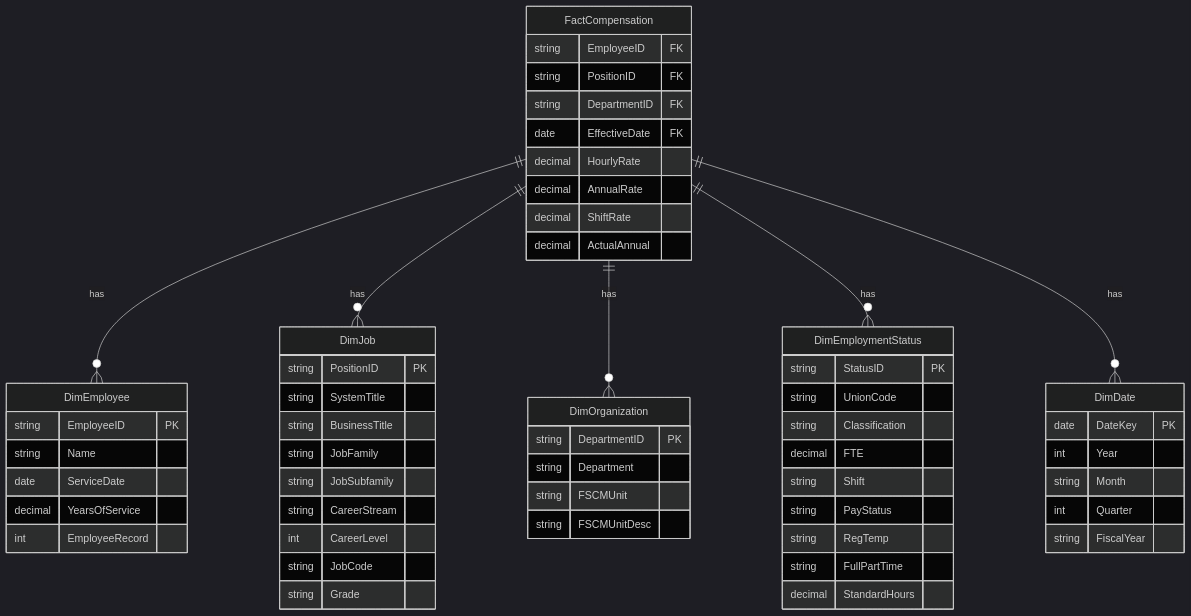
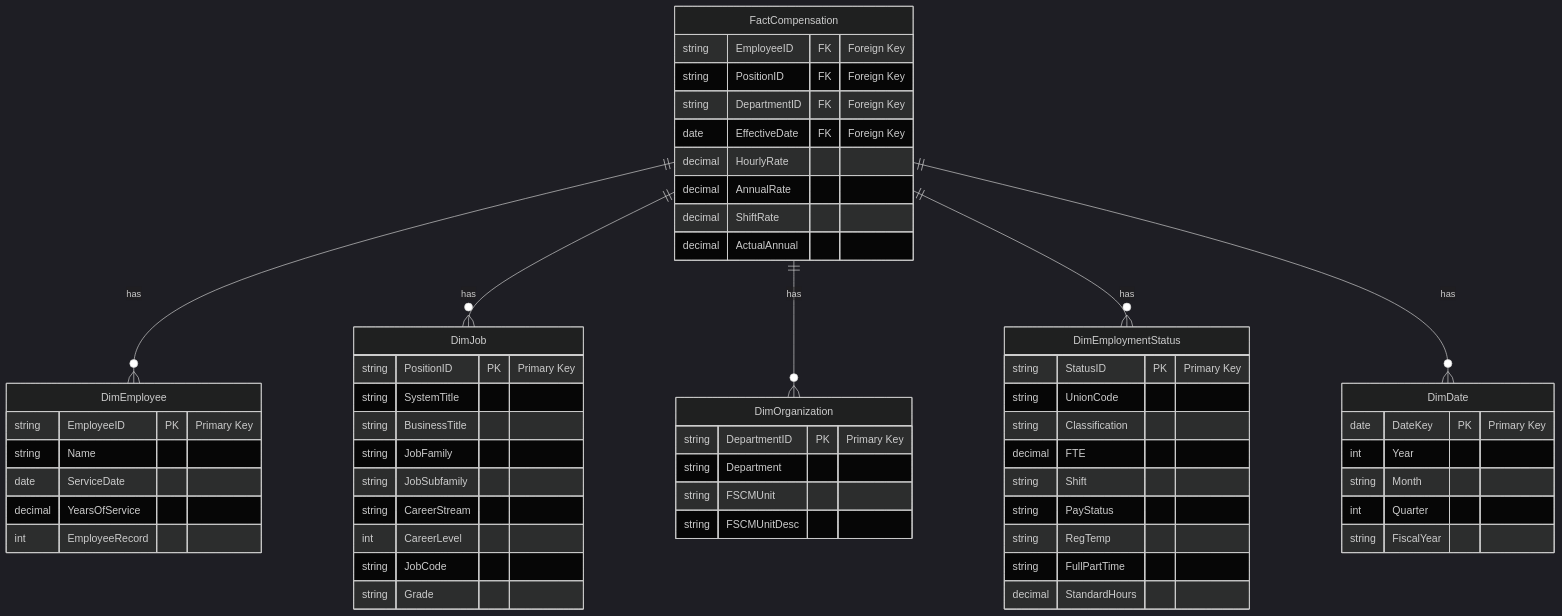
Before and after one commit to icj88/obsidian-personal: the diagram in Journal Of Everything/Salary Wage Visualization.md, drawn with Mermaid (dark theme). The commit also changed other lines of this file and 11 other files, not shown here.

````diff
--- a/Journal Of Everything/Salary Wage Visualization.md
+++ b/Journal Of Everything/Salary Wage Visualization.md
@@ -1,3 +2,66 @@
 ```mermaid
-erDiagram FactCompensation ||--o{ DimEmployee : has FactCompensation ||--o{ DimJob : has FactCompensation ||--o{ DimOrganization : has FactCompensation ||--o{ DimEmploymentStatus : has FactCompensation ||--o{ DimDate : has DimEmployee { string EmployeeID PK string Name date ServiceDate decimal YearsOfService int EmployeeRecord } FactCompensation { string EmployeeID FK string PositionID FK string DepartmentID FK date EffectiveDate FK decimal HourlyRate decimal AnnualRate decimal ShiftRate decimal ActualAnnual } DimJob { string PositionID PK string SystemTitle string BusinessTitle string JobFamily string JobSubfamily string CareerStream int CareerLevel string JobCode string Grade } DimOrganization { string DepartmentID PK string Department string FSCMUnit string FSCMUnitDesc } DimEmploymentStatus { string StatusID PK string UnionCode string Classification decimal FTE string Shift string PayStatus string RegTemp string FullPartTime decimal StandardHours } DimDate { date DateKey PK int Year string Month int Quarter string FiscalYear }
+erDiagram
+    FactCompensation ||--o{ DimEmployee : has
+    FactCompensation ||--o{ DimJob : has
+    FactCompensation ||--o{ DimOrganization : has
+    FactCompensation ||--o{ DimEmploymentStatus : has
+    FactCompensation ||--o{ DimDate : has
+
+    DimEmployee {
+        string EmployeeID PK "Primary Key"
+        string Name
+        date ServiceDate
+        decimal YearsOfService
+        int EmployeeRecord
+    }
+
+    FactCompensation {
+        string EmployeeID FK "Foreign Key"
+        string PositionID FK "Foreign Key"
+        string DepartmentID FK "Foreign Key"
+        date EffectiveDate FK "Foreign Key"
+        decimal HourlyRate
+        decimal AnnualRate
+        decimal ShiftRate
+        decimal ActualAnnual
+    }
+
+    DimJob {
+        string PositionID PK "Primary Key"
+        string SystemTitle
+        string BusinessTitle
+        string JobFamily
+        string JobSubfamily
+        string CareerStream
+        int CareerLevel
+        string JobCode
+        string Grade
+    }
+
+    DimOrganization {
+        string DepartmentID PK "Primary Key"
+        string Department
+        string FSCMUnit
+        string FSCMUnitDesc
+    }
+
+    DimEmploymentStatus {
+        string StatusID PK "Primary Key"
+        string UnionCode
+        string Classification
+        decimal FTE
+        string Shift
+        string PayStatus
+        string RegTemp
+        string FullPartTime
+        decimal StandardHours
+    }
+
+    DimDate {
+        date DateKey PK "Primary Key"
+        int Year
+        string Month
+        int Quarter
+        string FiscalYear
+    }
 ```
````
